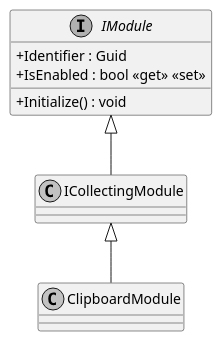
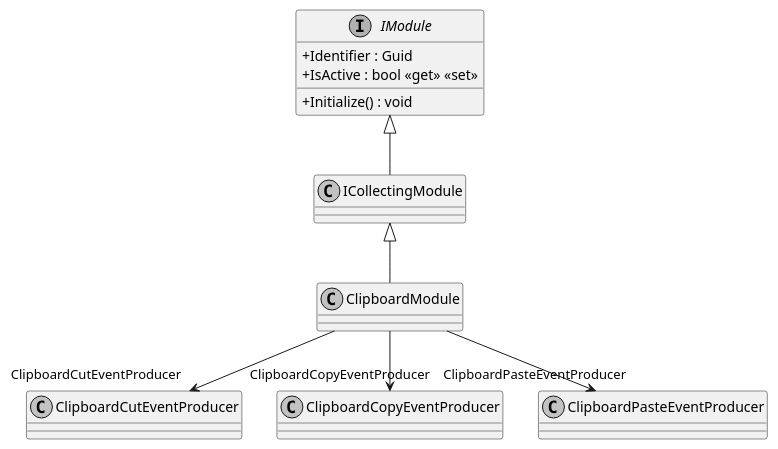
One commit to insightmind/MORR changed the diagram in documents/sd/plantuml/application/Modules/Clipboard/ClipboardModule.puml. Above: the diagram before and after it, drawn with PlantUML. The commit also changed 8 other files, not shown here.

Commit message:
Update puml for clipboard module

```diff
--- a/documents/sd/plantuml/application/Modules/Clipboard/ClipboardModule.puml
+++ b/documents/sd/plantuml/application/Modules/Clipboard/ClipboardModule.puml
@@ -1,17 +1,20 @@
 @startuml
 skinparam monochrome true
 skinparam classAttributeIconSize 0
 
 class ClipboardModule {
 }
 
 ICollectingModule <|-- ClipboardModule
 
 interface IModule {
     + Identifier : Guid
-    + IsEnabled : bool <<get>> <<set>>
+    + IsActive : bool <<get>> <<set>>
     + Initialize() : void
 }
 
 IModule <|-- ICollectingModule
+ClipboardModule --> "  ClipboardCutEventProducer" ClipboardCutEventProducer
+ClipboardModule --> "ClipboardCopyEventProducer" ClipboardCopyEventProducer
+ClipboardModule --> "   ClipboardPasteEventProducer" ClipboardPasteEventProducer
 @enduml
```
